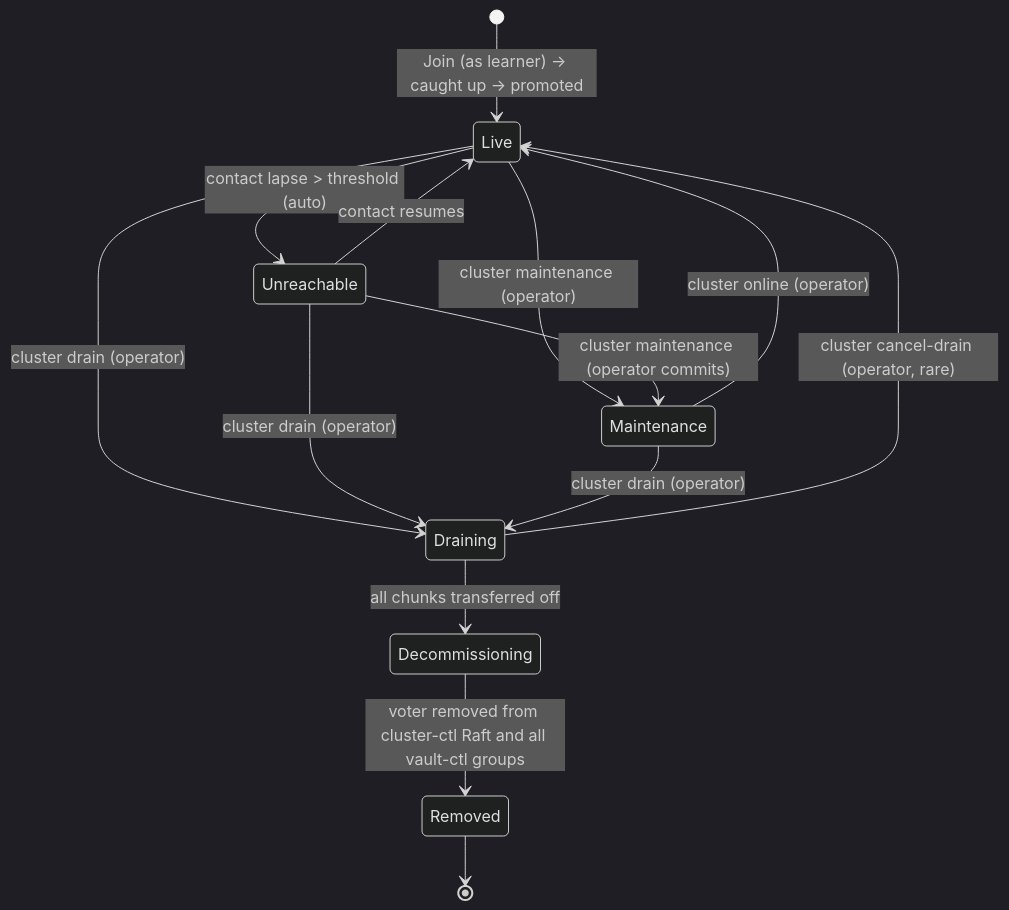
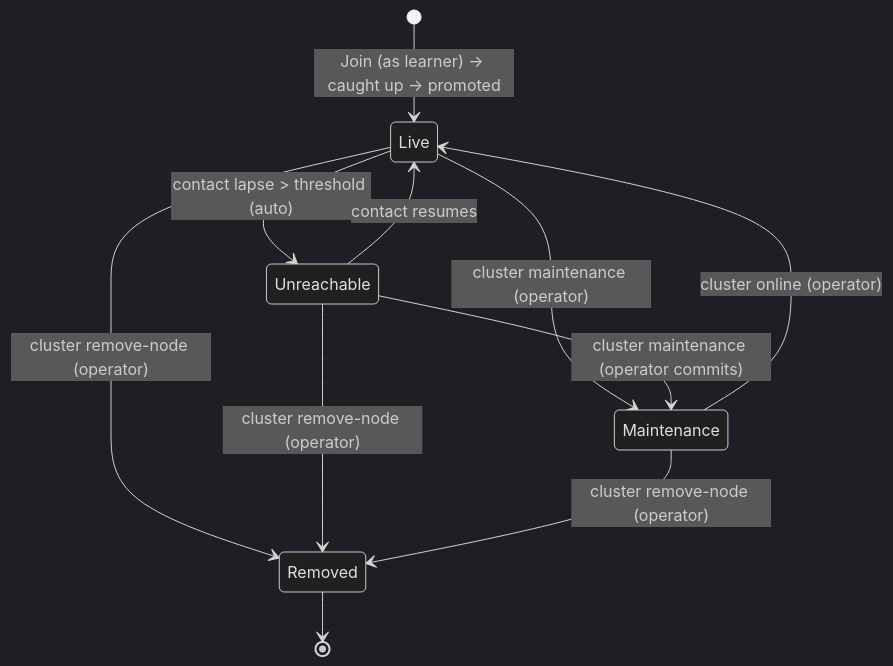
One commit to kluzzebass/gastrolog changed the diagram in docs/node-lifecycle-design.md. Above: the diagram before and after it, drawn with Mermaid (dark theme). The commit also changed other lines of this file and 24 other files, not shown here.

````diff
--- a/docs/node-lifecycle-design.md
+++ b/docs/node-lifecycle-design.md
@@ -17,22 +17,18 @@
 ```mermaid
 stateDiagram-v2
     [*] --> Live: Join (as learner) → caught up → promoted
 
     Live --> Unreachable: contact lapse > threshold (auto)
     Live --> Maintenance: cluster maintenance (operator)
-    Live --> Draining: cluster drain (operator)
 
     Unreachable --> Live: contact resumes
     Unreachable --> Maintenance: cluster maintenance (operator commits)
-    Unreachable --> Draining: cluster drain (operator)
 
     Maintenance --> Live: cluster online (operator)
-    Maintenance --> Draining: cluster drain (operator)
 
-    Draining --> Decommissioning: all chunks transferred off
-    Draining --> Live: cluster cancel-drain (operator, rare)
-
-    Decommissioning --> Removed: voter removed from cluster-ctl Raft and all vault-ctl groups
+    Live --> Removed: cluster remove-node (operator)
+    Unreachable --> Removed: cluster remove-node (operator)
+    Maintenance --> Removed: cluster remove-node (operator)
 
     Removed --> [*]
 ```
````
